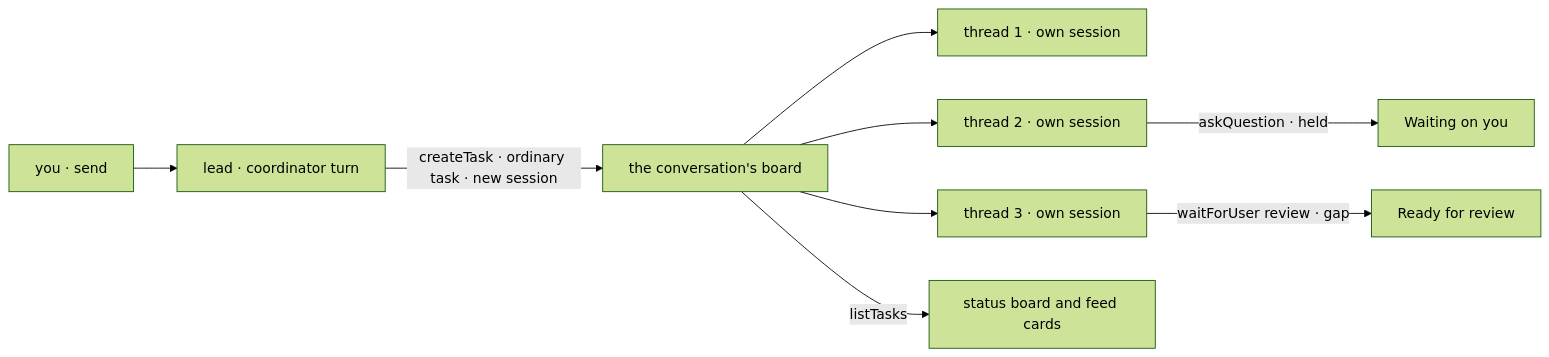
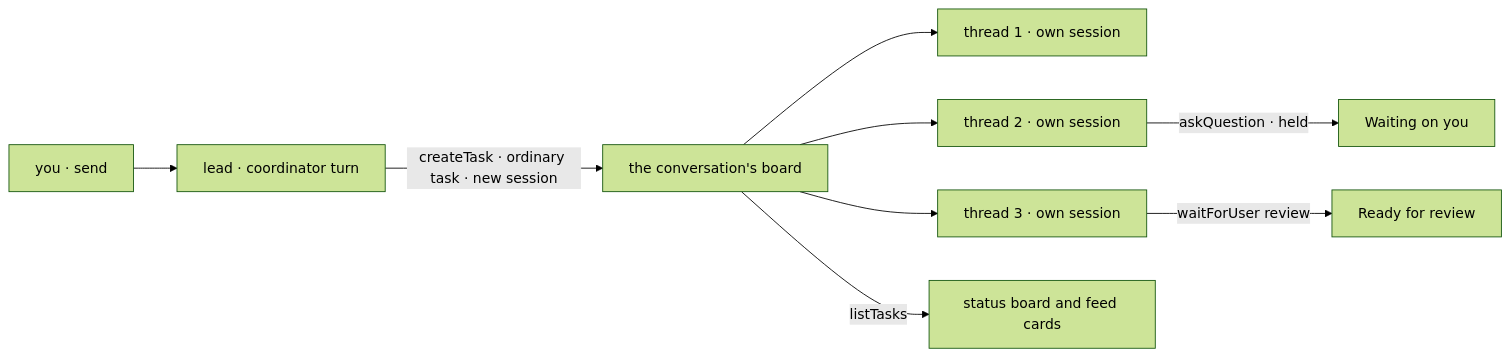
The second of 2 diagrams in specs/issues/FIX-2157/SPEC.md (fixpoint-labs/flow-state-dev), drawn with Mermaid (forest theme) before and after one commit. The commit also changed other lines of this file and 2 other files, not shown here.

First line of the commit message:
spec(FIX-2157): review through FIX-2131's model tool; no blocking gap left

````diff
--- a/specs/issues/FIX-2157/SPEC.md
+++ b/specs/issues/FIX-2157/SPEC.md
@@ -96,11 +98,11 @@
 ```mermaid
 flowchart LR
   U["you · send"] --> L["lead · coordinator turn"]
   L -->|"createTask · ordinary task · new session"| B["the conversation's board"]
   B --> T1["thread 1 · own session"]
   B --> T2["thread 2 · own session"]
   B --> T3["thread 3 · own session"]
   T2 -->|"askQuestion · held"| W["Waiting on you"]
-  T3 -->|"waitForUser review · gap"| R["Ready for review"]
+  T3 -->|"waitForUser review"| R["Ready for review"]
   B -->|"listTasks"| P["status board and feed cards"]
 ```
````
